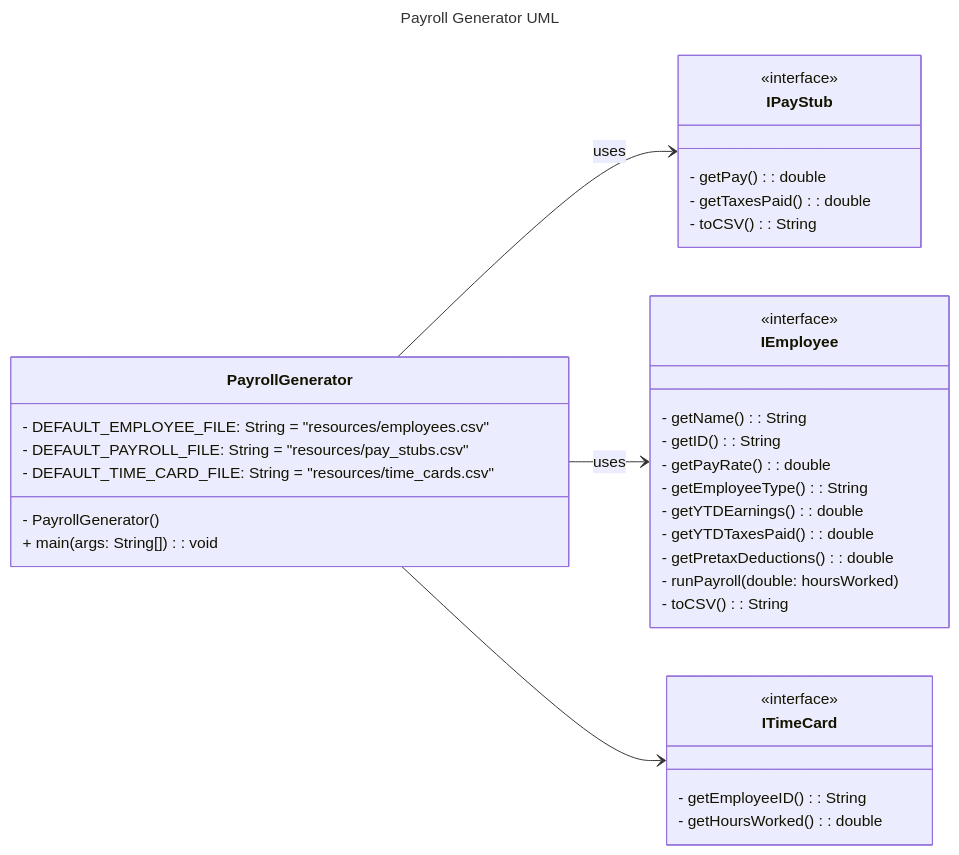
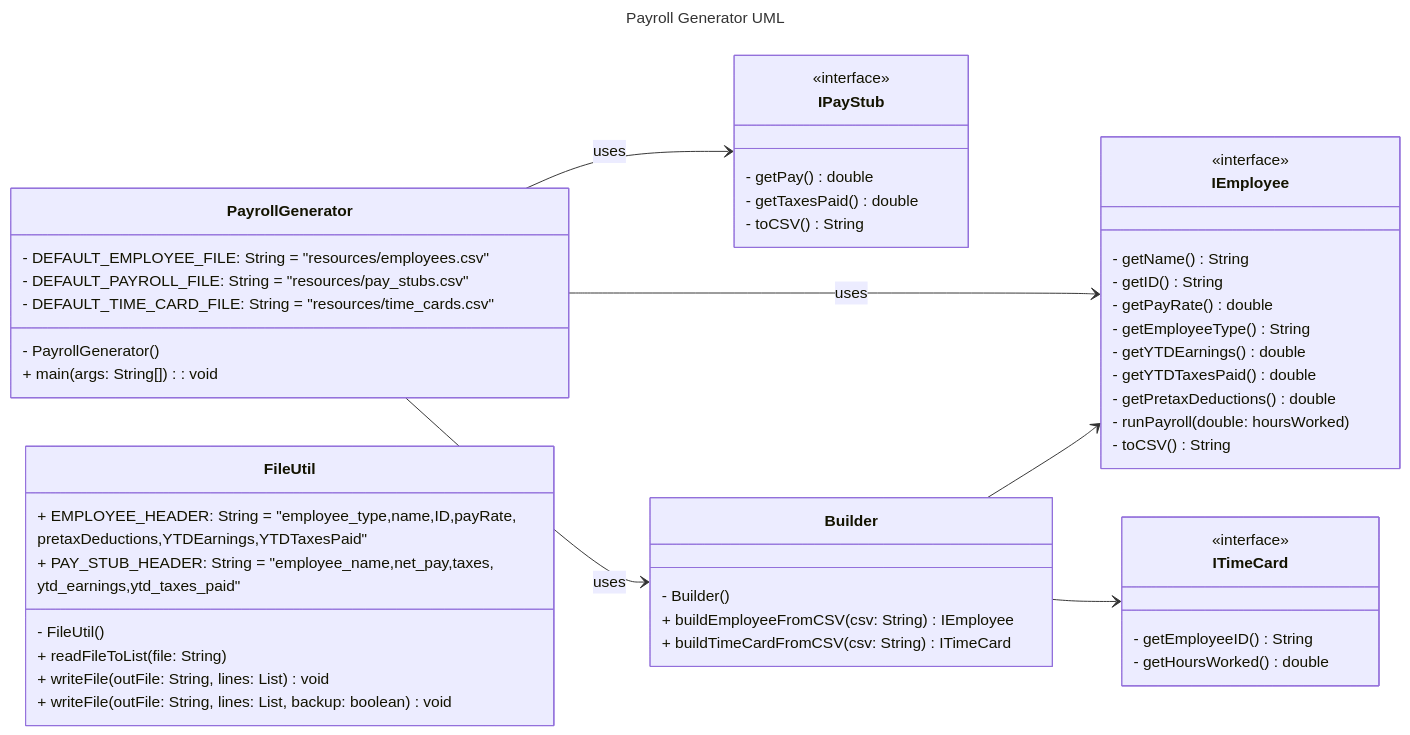
One commit to bourgeois-car-neu/CS5004--HW3-4 changed the diagram in DesignDocument.md. Above: the diagram before and after it, drawn with Mermaid.

Commit message:
DesignDocument.md: Class Diagram (initial design) #2

````diff
--- a/DesignDocument.md
+++ b/DesignDocument.md
@@ -12,42 +12,61 @@
 ```mermaid
 ---
 title: Payroll Generator UML
 ---
 classDiagram
     direction LR
     PayrollGenerator --> IPayStub : uses
     PayrollGenerator --> IEmployee : uses
-    PayrollGenerator --> ITimeCard 
+    PayrollGenerator --> Builder : uses
+    Builder --> IEmployee
+    Builder --> ITimeCard
     class PayrollGenerator {
         - DEFAULT_EMPLOYEE_FILE: String = "resources/employees.csv"
         - DEFAULT_PAYROLL_FILE: String = "resources/pay_stubs.csv"
         - DEFAULT_TIME_CARD_FILE: String = "resources/time_cards.csv"
         - PayrollGenerator()
         + main(args: String[]): void
     }
     class IPayStub {
         <<interface>>
-        - getPay(): double
-        - getTaxesPaid(): double
-        - toCSV(): String
+        - getPay() double
+        - getTaxesPaid() double
+        - toCSV() String
     }
     
     class IEmployee {
         <<interface>>
-        - getName(): String
-        - getID(): String
-        - getPayRate(): double
-        - getEmployeeType(): String
-        - getYTDEarnings(): double
-        - getYTDTaxesPaid(): double
-        - getPretaxDeductions(): double
+        - getName() String
+        - getID() String
+        - getPayRate() double
+        - getEmployeeType() String
+        - getYTDEarnings() double
+        - getYTDTaxesPaid() double
+        - getPretaxDeductions() double
         - runPayroll(double: hoursWorked)
-        - toCSV(): String
+        - toCSV() String
     }
     
     class ITimeCard {
         <<interface>>
-        - getEmployeeID(): String
-        - getHoursWorked(): double
+        - getEmployeeID() String
+        - getHoursWorked() double
+    }
+
+    class Builder {
+        - Builder()
+        + buildEmployeeFromCSV(csv: String) IEmployee
+        + buildTimeCardFromCSV(csv: String) ITimeCard
+    }
+
+    class FileUtil {
+        + EMPLOYEE_HEADER: String = "employee_type,name,ID,payRate,
+          pretaxDeductions,YTDEarnings,YTDTaxesPaid"
+        + PAY_STUB_HEADER: String = "employee_name,net_pay,taxes,
+          ytd_earnings,ytd_taxes_paid"
+        -  FileUtil()
+        + readFileToList(file: String)
+        + writeFile(outFile: String, lines: List<String>)  void
+        + writeFile(outFile: String, lines: List<String>, backup: boolean) void
     }
 ```
````
